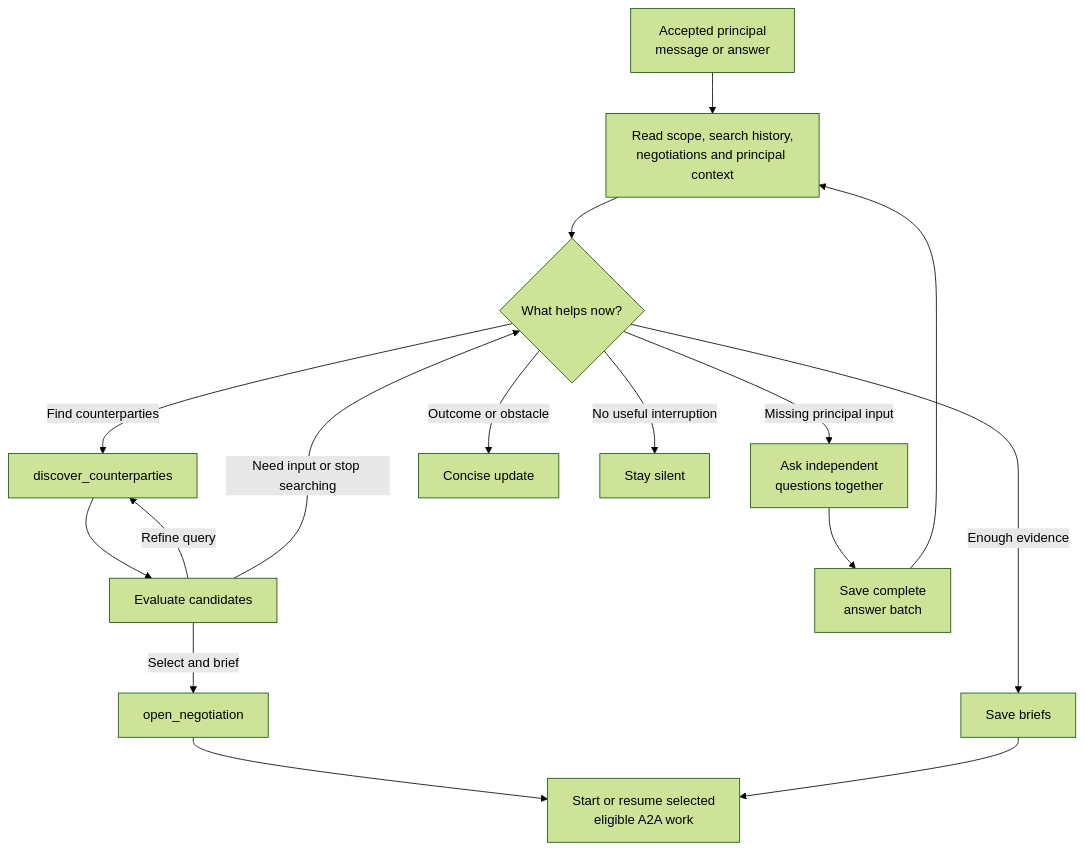
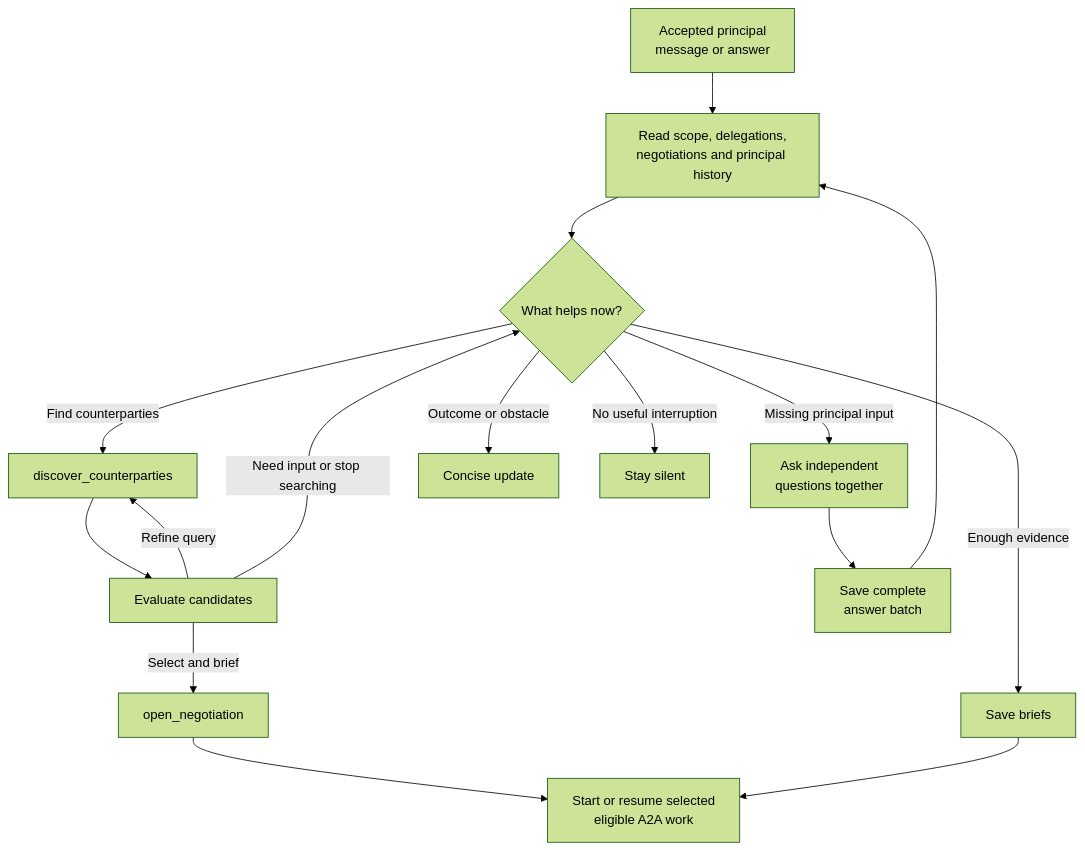
The third of 3 diagrams in docs/agent-enhancement/design.md (indexnetwork/index), drawn with Mermaid (forest theme) before and after one commit. The commit also changed other lines of this file and 9 other files, not shown here.

````diff
--- a/docs/agent-enhancement/design.md
+++ b/docs/agent-enhancement/design.md
@@ -30,18 +51,18 @@
 ```mermaid
 flowchart TD
-    W["Accepted principal<br/>message or answer"] --> R["Read scope, search history,<br/>negotiations and principal context"]
+    W["Accepted principal<br/>message or answer"] --> R["Read scope, delegations,<br/>negotiations and principal history"]
     R --> D{"What helps now?"}
     D -->|"Find counterparties"| F["discover_counterparties"]
     F --> E["Evaluate candidates"]
     E -->|"Refine query"| F
     E -->|"Select and brief"| O["open_negotiation"]
     O --> N["Start or resume selected<br/>eligible A2A work"]
     E -->|"Need input or stop searching"| D
     D -->|"Enough evidence"| B["Save briefs"]
     B --> N
     D -->|"Missing principal input"| Q["Ask independent<br/>questions together"]
     Q --> A["Save complete<br/>answer batch"]
     A --> R
     D -->|"Outcome or obstacle"| U["Concise update"]
     D -->|"No useful interruption"| S["Stay silent"]
 ```
````
